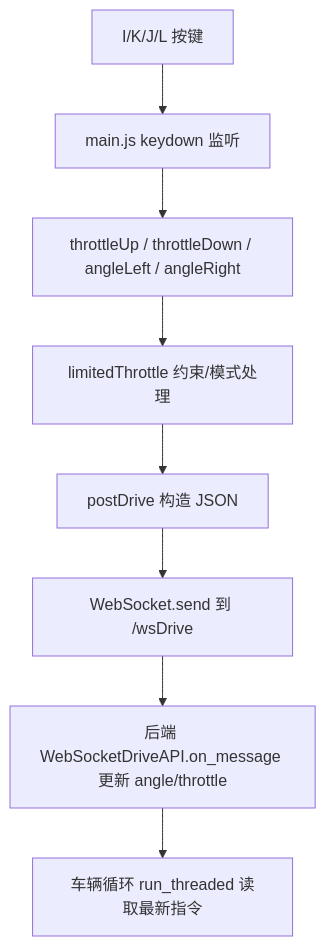
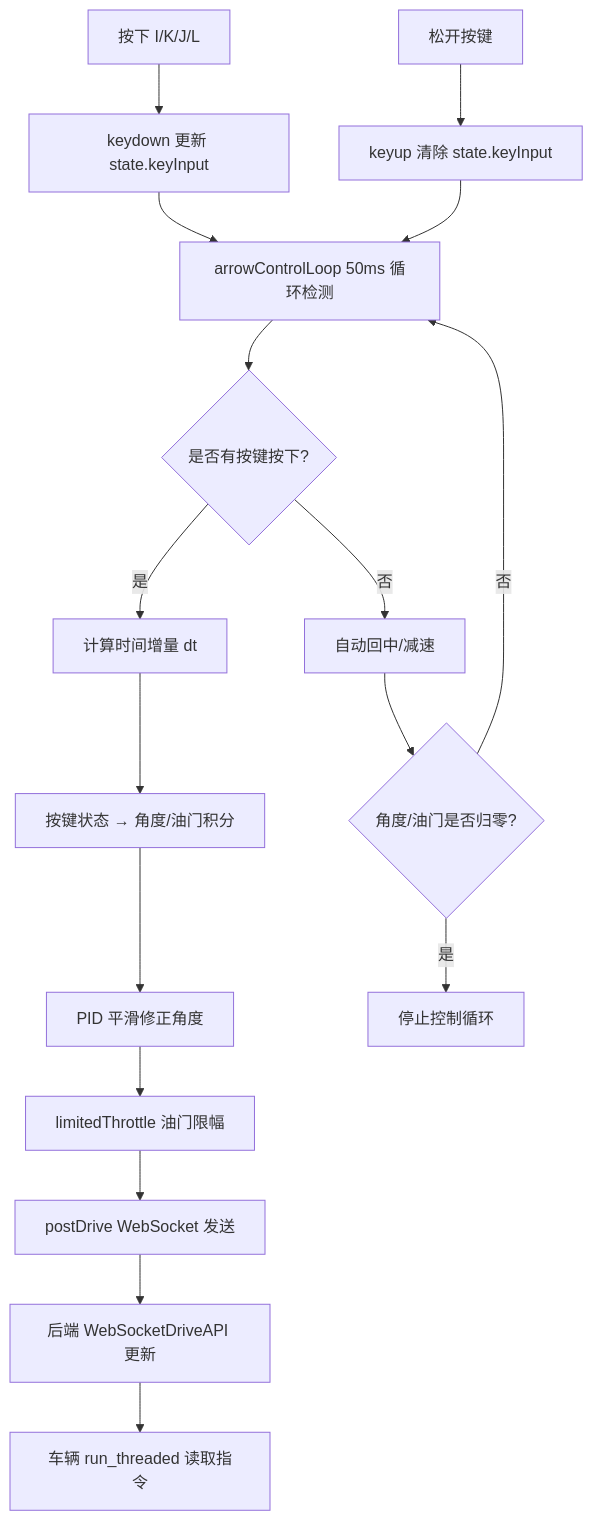
One commit to DonkeyDrift/DonkeyDrift changed the diagram in docs/arch/ikjl_keys.md. Above: the diagram before and after it, drawn with Mermaid. The commit also changed other lines of this file and 4 other files, not shown here.

````diff
--- a/docs/arch/ikjl_keys.md
+++ b/docs/arch/ikjl_keys.md
@@ -26,10 +21,21 @@
 ```mermaid
 flowchart TD
-  A[I/K/J/L 按键] --> B[main.js keydown 监听]
-  B --> C[throttleUp / throttleDown / angleLeft / angleRight]
-  C --> D[limitedThrottle 约束/模式处理]
-  D --> E[postDrive 构造 JSON]
-  E --> F[WebSocket.send 到 /wsDrive]
-  F --> G[后端 WebSocketDriveAPI.on_message 更新 angle/throttle]
-  G --> H[车辆循环 run_threaded 读取最新指令]
+  A[按下 I/K/J/L] --> B[keydown 更新 state.keyInput]
+  B --> C[arrowControlLoop 50ms 循环检测]
+  C --> D{是否有按键按下?}
+  D -->|是| E[计算时间增量 dt]
+  E --> F[按键状态 → 角度/油门积分]
+  F --> G[PID 平滑修正角度]
+  G --> H[limitedThrottle 油门限幅]
+  H --> I[postDrive WebSocket 发送]
+  I --> J[后端 WebSocketDriveAPI 更新]
+  J --> K[车辆 run_threaded 读取指令]
+  
+  D -->|否| L[自动回中/减速]
+  L --> M{角度/油门是否归零?}
+  M -->|是| N[停止控制循环]
+  M -->|否| C
+  
+  O[松开按键] --> P[keyup 清除 state.keyInput]
+  P --> C
 ```
````
